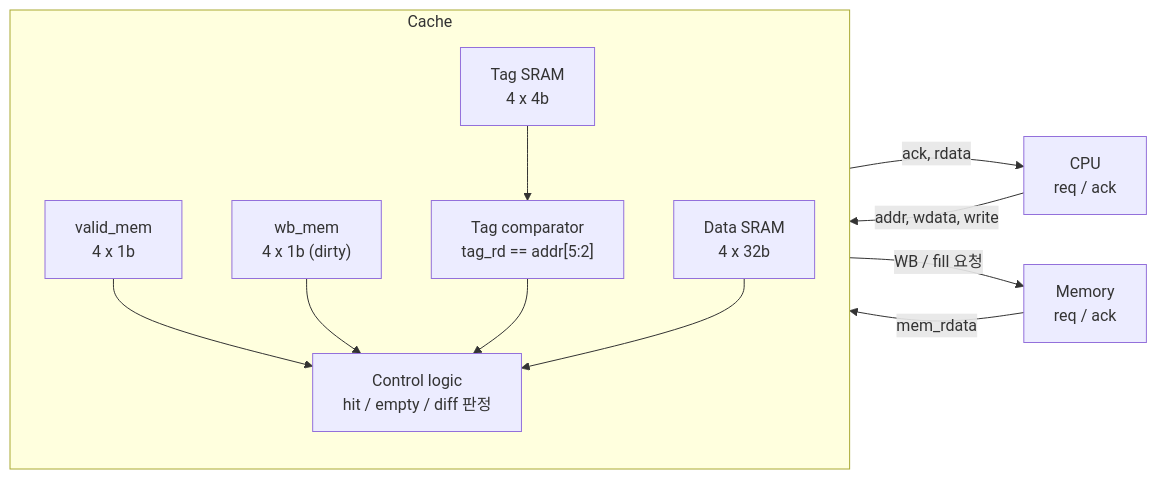
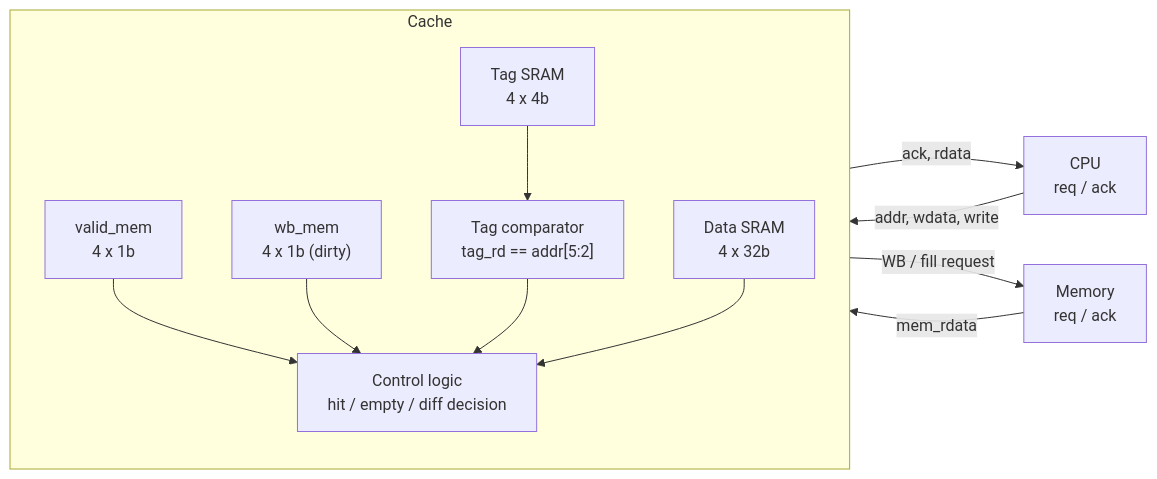
The diagram in 5-3-Cache/README.md (Minchan6847/SAM_Digital_Circuit_Design), drawn with Mermaid before and after one commit. The commit also changed other lines of this file, not shown here.

````diff
--- a/5-3-Cache/README.md
+++ b/5-3-Cache/README.md
@@ -16,26 +16,26 @@
 ```mermaid
 flowchart LR
     CPU["CPU<br/>req / ack"]
     MEM["Memory<br/>req / ack"]
 
     subgraph CACHE["Cache"]
         direction TB
-        CTRL["Control logic<br/>hit / empty / diff 판정"]
+        CTRL["Control logic<br/>hit / empty / diff decision"]
         TAG["Tag SRAM<br/>4 x 4b"]
         DATA["Data SRAM<br/>4 x 32b"]
         VALID["valid_mem<br/>4 x 1b"]
         DIRTY["wb_mem<br/>4 x 1b (dirty)"]
         CMP["Tag comparator<br/>tag_rd == addr[5:2]"]
 
         TAG --> CMP
         VALID --> CTRL
         DIRTY --> CTRL
         CMP --> CTRL
         DATA --> CTRL
     end
 
     CPU -- "addr, wdata, write" --> CTRL
     CTRL -- "ack, rdata" --> CPU
-    CTRL -- "WB / fill 요청" --> MEM
+    CTRL -- "WB / fill request" --> MEM
     MEM -- "mem_rdata" --> CTRL
 ```
````
